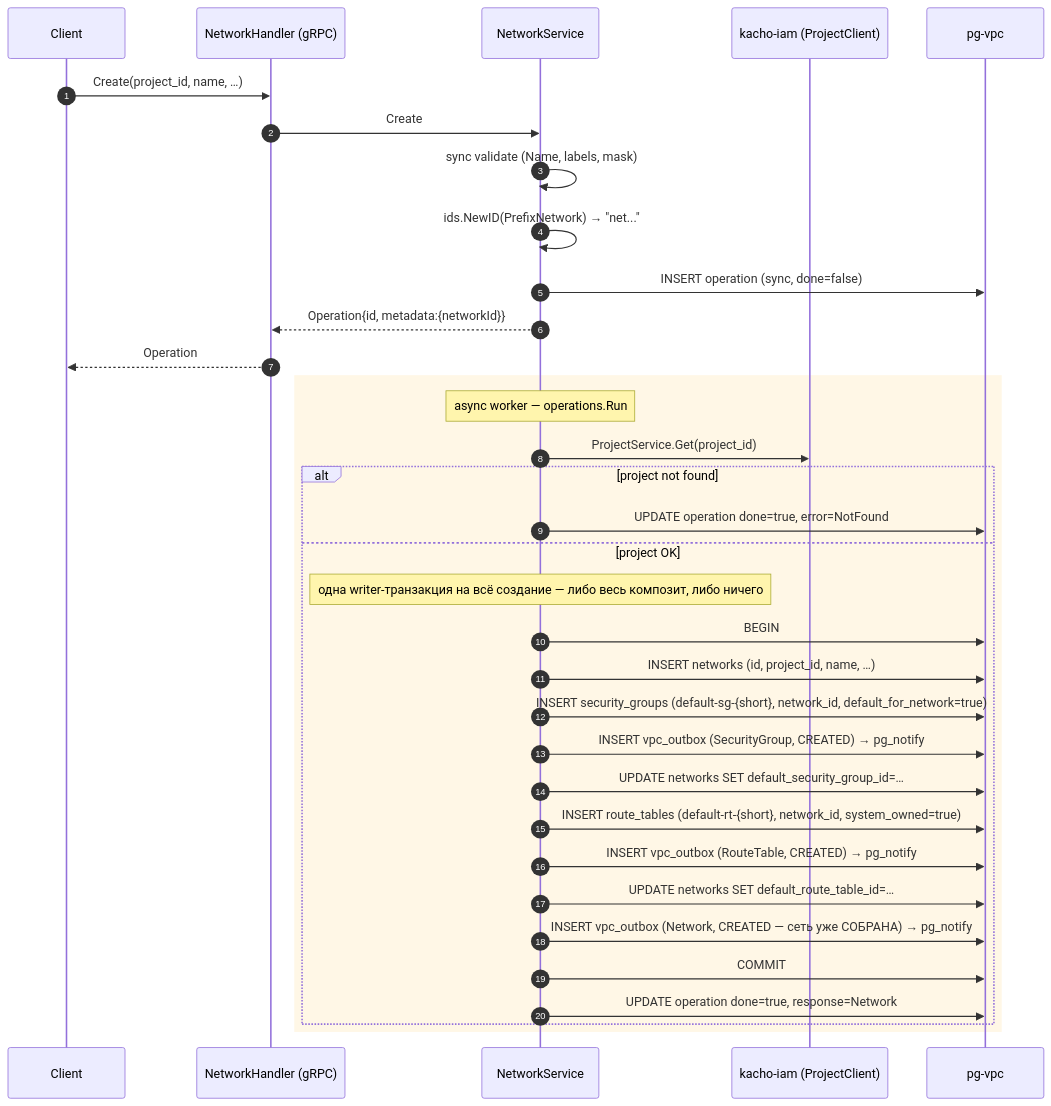
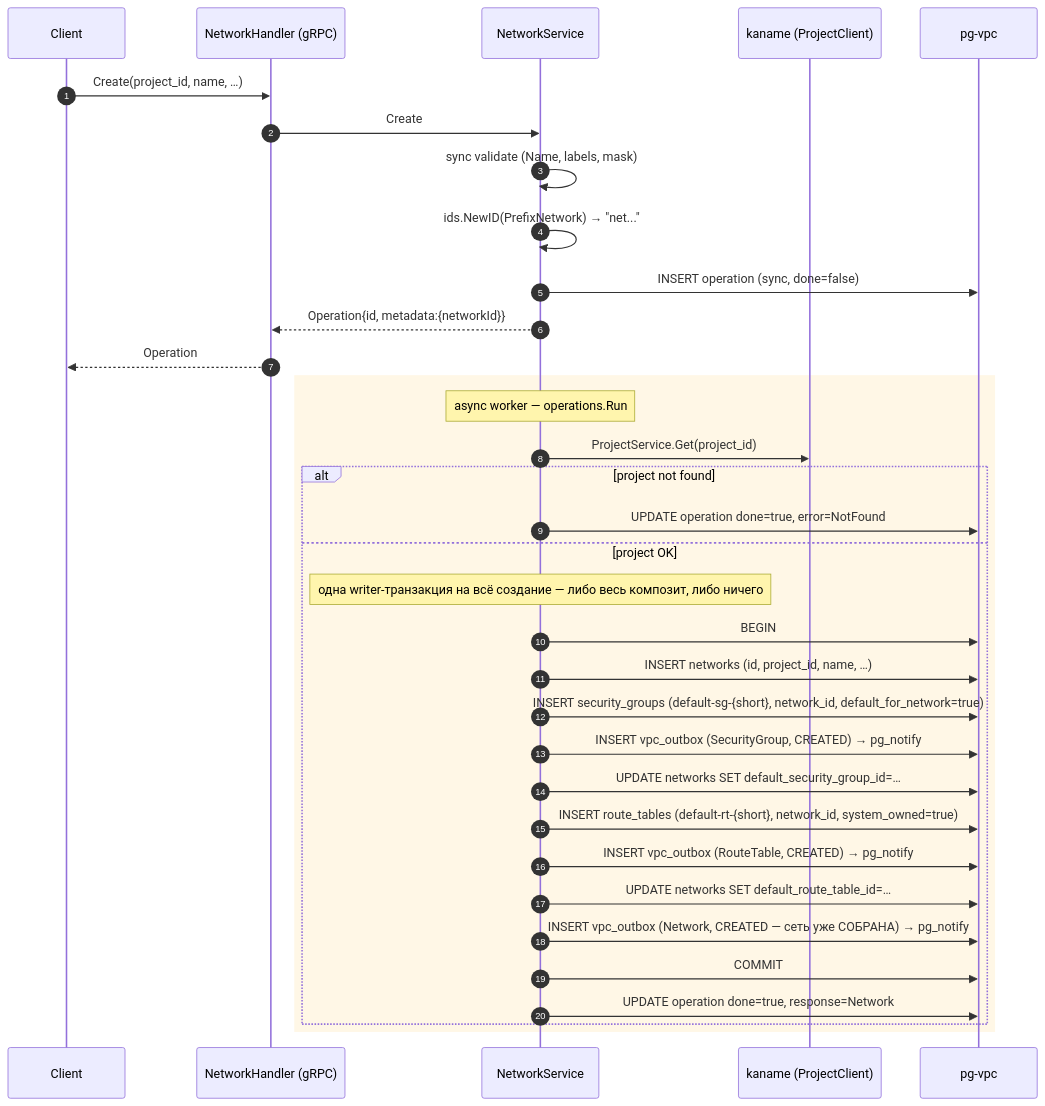
Before and after one commit to PRO-Robotech/kacho: the first of 10 diagrams in services/vpc/docs/engineering/architecture/02-data-flows.md, drawn with Mermaid. The commit also changed other lines of this file and 5005 other files, not shown here.

````diff
--- a/services/vpc/docs/engineering/architecture/02-data-flows.md
+++ b/services/vpc/docs/engineering/architecture/02-data-flows.md
@@ -21,39 +21,39 @@
 ```mermaid
 sequenceDiagram
   autonumber
   participant U as Client
   participant H as NetworkHandler (gRPC)
   participant S as NetworkService
-  participant RM as kacho-iam (ProjectClient)
+  participant RM as kaname (ProjectClient)
   participant DB as pg-vpc
 
   U->>H: Create(project_id, name, …)
   H->>S: Create
   S->>S: sync validate (Name, labels, mask)
   S->>S: ids.NewID(PrefixNetwork) → "net..."
   S->>DB: INSERT operation (sync, done=false)
   S-->>H: Operation{id, metadata:{networkId}}
   H-->>U: Operation
 
   rect rgb(255,247,230)
   Note over S: async worker — operations.Run
   S->>RM: ProjectService.Get(project_id)
   alt project not found
     S->>DB: UPDATE operation done=true, error=NotFound
   else project OK
     Note over S: одна writer-транзакция на всё создание — либо весь композит, либо ничего
     S->>DB: BEGIN
     S->>DB: INSERT networks (id, project_id, name, …)
     S->>DB: INSERT security_groups (default-sg-{short}, network_id, default_for_network=true)
     S->>DB: INSERT vpc_outbox (SecurityGroup, CREATED) → pg_notify
     S->>DB: UPDATE networks SET default_security_group_id=…
     S->>DB: INSERT route_tables (default-rt-{short}, network_id, system_owned=true)
     S->>DB: INSERT vpc_outbox (RouteTable, CREATED) → pg_notify
     S->>DB: UPDATE networks SET default_route_table_id=…
     S->>DB: INSERT vpc_outbox (Network, CREATED — сеть уже СОБРАНА) → pg_notify
     S->>DB: COMMIT
 
     S->>DB: UPDATE operation done=true, response=Network
   end
   end
 ```
````
